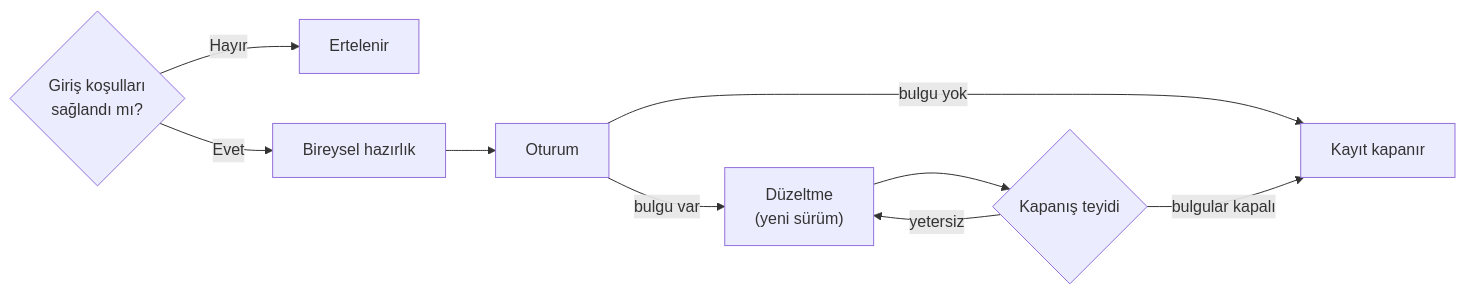
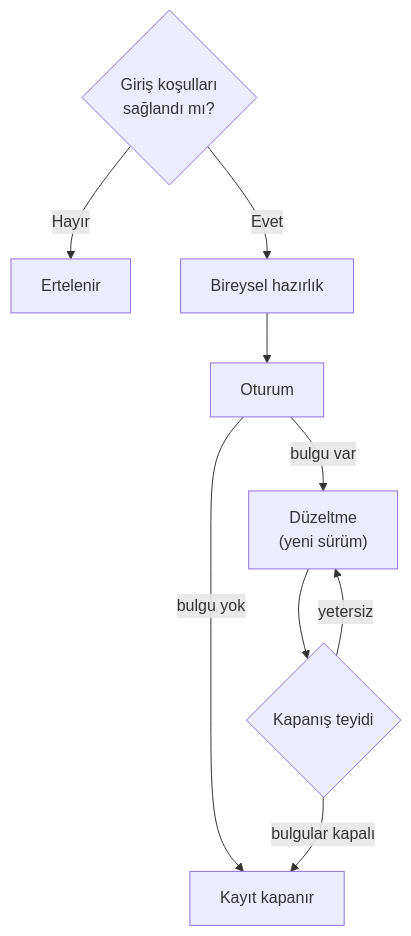
One commit to Mavrikant/aviyonikyazilim changed the diagram in kitap/06-ekler/06-kontrol-listeleri/index.mdx. Above: the diagram before and after it, drawn with Mermaid. The commit also changed 27 other files, not shown here.

````diff
--- a/kitap/06-ekler/06-kontrol-listeleri/index.mdx
+++ b/kitap/06-ekler/06-kontrol-listeleri/index.mdx
@@ -122,11 +122,11 @@
 ```mermaid
-flowchart LR
+flowchart TD
     G{"Giriş koşulları<br/>sağlandı mı?"} -- "Hayır" --> E["Ertelenir"]
     G -- "Evet" --> H["Bireysel hazırlık"]
     H --> O["Oturum"]
     O -- "bulgu var" --> D["Düzeltme<br/>(yeni sürüm)"]
     O -- "bulgu yok" --> T["Kayıt kapanır"]
     D --> K{"Kapanış teyidi"}
     K -- "yetersiz" --> D
     K -- "bulgular kapalı" --> T
 ```
````
